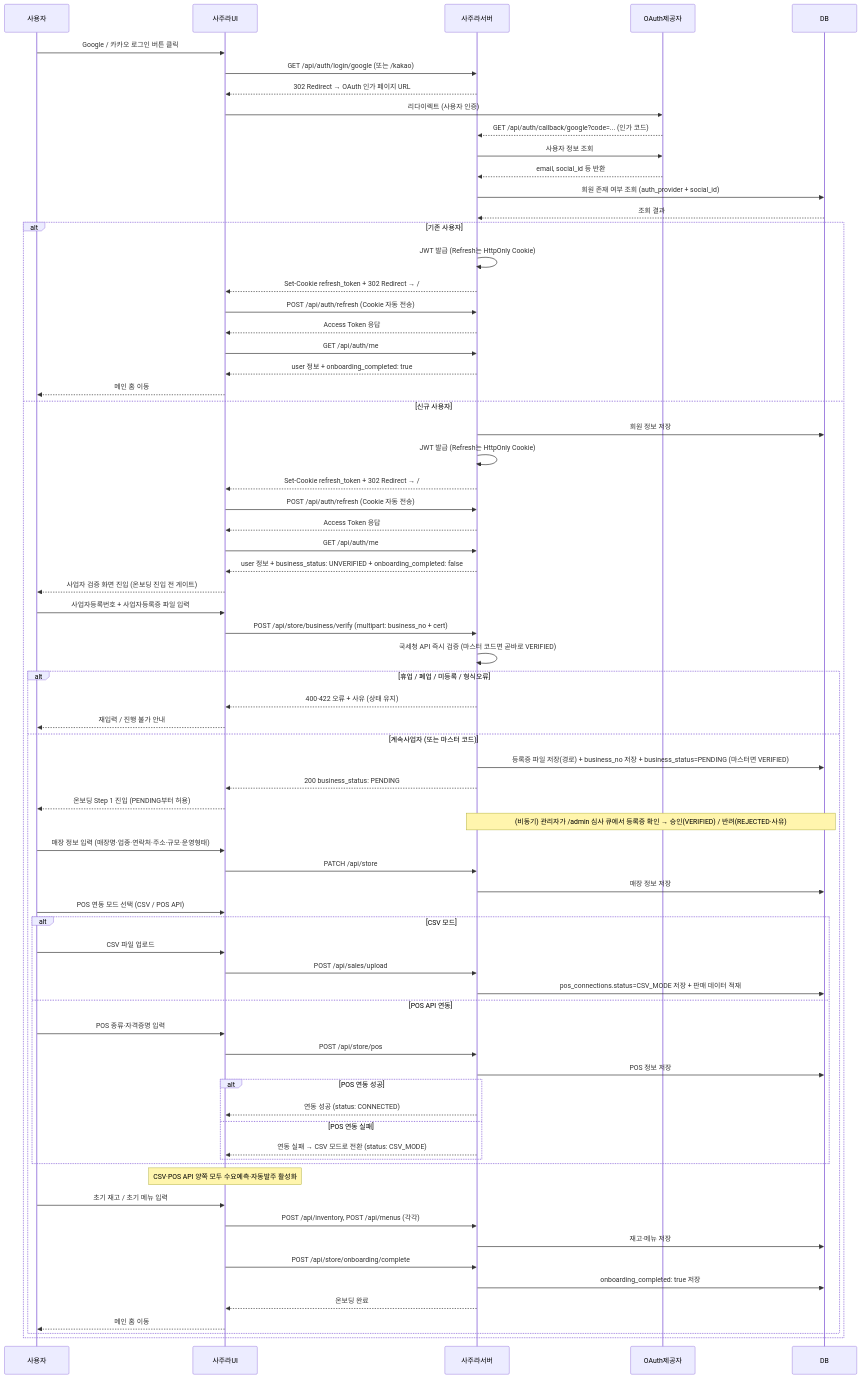
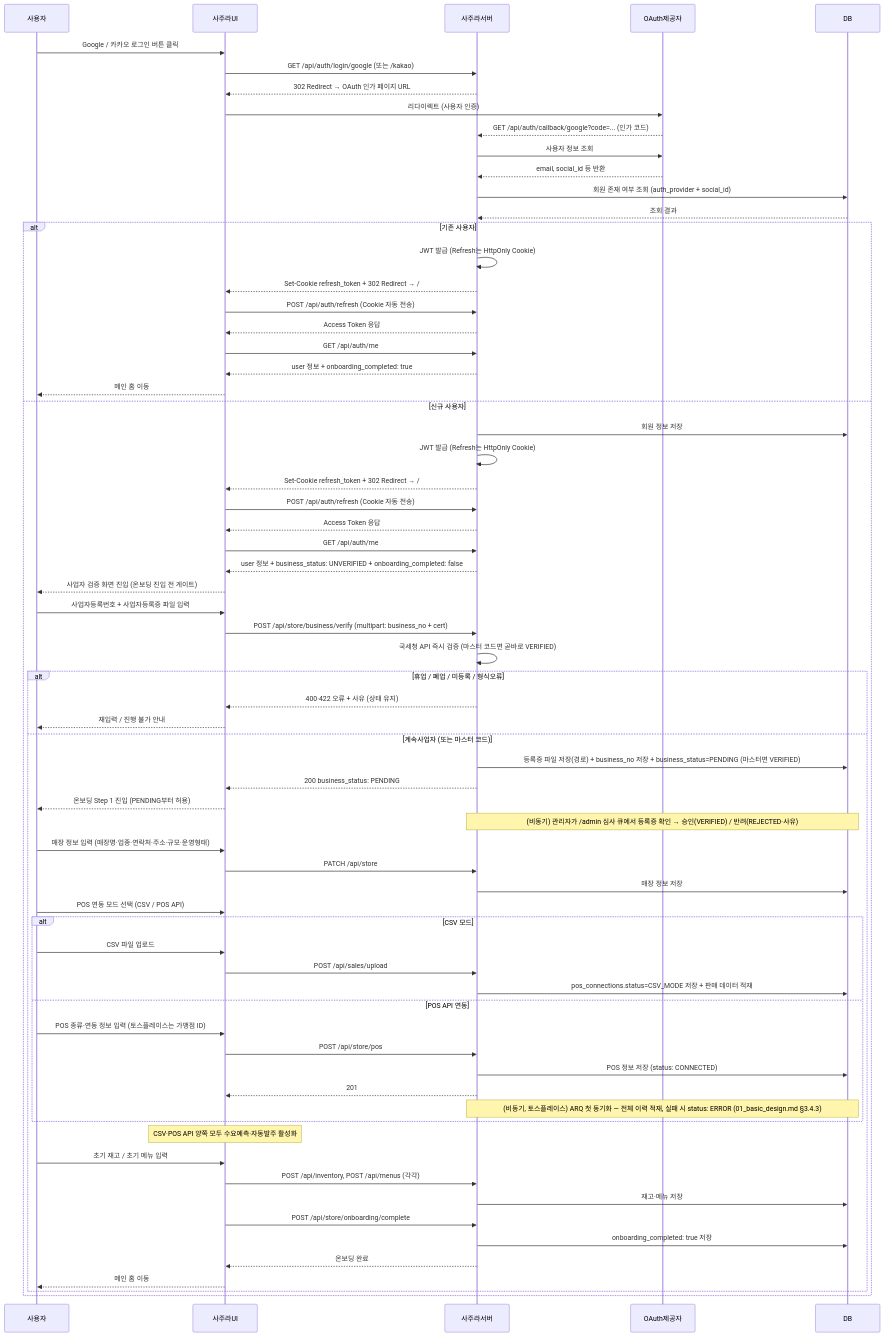
The first of 8 diagrams in docs/spec/02_implementation_design.md (h-taek/CapstoneDesign-Sajura), drawn with Mermaid before and after one commit. The commit also changed other lines of this file and 4 other files, not shown here.

First line of the commit message:
docs(spec,research): 토스플레이스 연동 방식·동기화 시점, CSV·POS API 겹치는 날은 POS 우선

````diff
--- a/docs/spec/02_implementation_design.md
+++ b/docs/spec/02_implementation_design.md
@@ -164,80 +164,77 @@
 ```mermaid
 sequenceDiagram
     participant 사용자
     participant 사주라UI
     participant 사주라서버
     participant OAuth제공자
     participant DB
 
     사용자->>사주라UI: Google / 카카오 로그인 버튼 클릭
     사주라UI->>사주라서버: GET /api/auth/login/google (또는 /kakao)
     사주라서버-->>사주라UI: 302 Redirect → OAuth 인가 페이지 URL
     사주라UI->>OAuth제공자: 리다이렉트 (사용자 인증)
     OAuth제공자-->>사주라서버: GET /api/auth/callback/google?code=... (인가 코드)
     사주라서버->>OAuth제공자: 사용자 정보 조회
     OAuth제공자-->>사주라서버: email, social_id 등 반환
     사주라서버->>DB: 회원 존재 여부 조회 (auth_provider + social_id)
     DB-->>사주라서버: 조회 결과
 
     alt 기존 사용자
         사주라서버->>사주라서버: JWT 발급 (Refresh는 HttpOnly Cookie)
         사주라서버-->>사주라UI: Set-Cookie refresh_token + 302 Redirect → /
         사주라UI->>사주라서버: POST /api/auth/refresh (Cookie 자동 전송)
         사주라서버-->>사주라UI: Access Token 응답
         사주라UI->>사주라서버: GET /api/auth/me
         사주라서버-->>사주라UI: user 정보 + onboarding_completed: true
         사주라UI-->>사용자: 메인 홈 이동
     else 신규 사용자
         사주라서버->>DB: 회원 정보 저장
         사주라서버->>사주라서버: JWT 발급 (Refresh는 HttpOnly Cookie)
         사주라서버-->>사주라UI: Set-Cookie refresh_token + 302 Redirect → /
         사주라UI->>사주라서버: POST /api/auth/refresh (Cookie 자동 전송)
         사주라서버-->>사주라UI: Access Token 응답
         사주라UI->>사주라서버: GET /api/auth/me
         사주라서버-->>사주라UI: user 정보 + business_status: UNVERIFIED + onboarding_completed: false
         사주라UI-->>사용자: 사업자 검증 화면 진입 (온보딩 진입 전 게이트)
 
         사용자->>사주라UI: 사업자등록번호 + 사업자등록증 파일 입력
         사주라UI->>사주라서버: POST /api/store/business/verify (multipart: business_no + cert)
         사주라서버->>사주라서버: 국세청 API 즉시 검증 (마스터 코드면 곧바로 VERIFIED)
         alt 휴업 / 폐업 / 미등록 / 형식오류
             사주라서버-->>사주라UI: 400·422 오류 + 사유 (상태 유지)
             사주라UI-->>사용자: 재입력 / 진행 불가 안내
         else 계속사업자 (또는 마스터 코드)
             사주라서버->>DB: 등록증 파일 저장(경로) + business_no 저장 + business_status=PENDING (마스터면 VERIFIED)
             사주라서버-->>사주라UI: 200 business_status: PENDING
             사주라UI-->>사용자: 온보딩 Step 1 진입 (PENDING부터 허용)
             note over 사주라서버,DB: (비동기) 관리자가 /admin 심사 큐에서 등록증 확인 → 승인(VERIFIED) / 반려(REJECTED·사유)
 
             사용자->>사주라UI: 매장 정보 입력 (매장명·업종·연락처·주소·규모·운영형태)
             사주라UI->>사주라서버: PATCH /api/store
             사주라서버->>DB: 매장 정보 저장
 
             사용자->>사주라UI: POS 연동 모드 선택 (CSV / POS API)
             alt CSV 모드
                 사용자->>사주라UI: CSV 파일 업로드
                 사주라UI->>사주라서버: POST /api/sales/upload
                 사주라서버->>DB: pos_connections.status=CSV_MODE 저장 + 판매 데이터 적재
             else POS API 연동
-                사용자->>사주라UI: POS 종류·자격증명 입력
+                사용자->>사주라UI: POS 종류·연동 정보 입력 (토스플레이스는 가맹점 ID)
                 사주라UI->>사주라서버: POST /api/store/pos
-                사주라서버->>DB: POS 정보 저장
-                alt POS 연동 성공
-                    사주라서버-->>사주라UI: 연동 성공 (status: CONNECTED)
-                else POS 연동 실패
-                    사주라서버-->>사주라UI: 연동 실패 → CSV 모드로 전환 (status: CSV_MODE)
-                end
+                사주라서버->>DB: POS 정보 저장 (status: CONNECTED)
+                사주라서버-->>사주라UI: 201
+                note over 사주라서버,DB: (비동기, 토스플레이스) ARQ 첫 동기화 — 전체 이력 적재, 실패 시 status: ERROR (01_basic_design.md §3.4.3)
             end
             Note over 사주라UI: CSV·POS API 양쪽 모두 수요예측·자동발주 활성화
 
             사용자->>사주라UI: 초기 재고 / 초기 메뉴 입력
             사주라UI->>사주라서버: POST /api/inventory, POST /api/menus (각각)
             사주라서버->>DB: 재고·메뉴 저장
 
             사주라UI->>사주라서버: POST /api/store/onboarding/complete
             사주라서버->>DB: onboarding_completed: true 저장
             사주라서버-->>사주라UI: 온보딩 완료
             사주라UI-->>사용자: 메인 홈 이동
         end
     end
 ```
````
